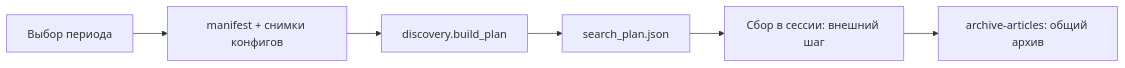
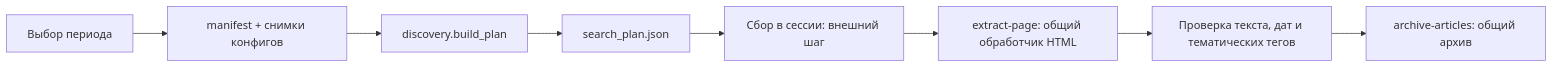
Before and after one commit to astaf7maria-eng/Dating-news: the diagram in docs/architecture.md, drawn with Mermaid. The commit also changed other lines of this file and 15 other files, not shown here.

````diff
--- a/docs/architecture.md
+++ b/docs/architecture.md
@@ -5,8 +5,10 @@
 ```mermaid
 flowchart LR
     U[Выбор периода] --> M[manifest + снимки конфигов]
     M --> D[discovery.build_plan]
     D --> P[search_plan.json]
     P --> S[Сбор в сессии: внешний шаг]
-    S --> A[archive-articles: общий архив]
+    S --> H[extract-page: общий обработчик HTML]
+    H --> V[Проверка текста, дат и тематических тегов]
+    V --> A[archive-articles: общий архив]
 ```
````
